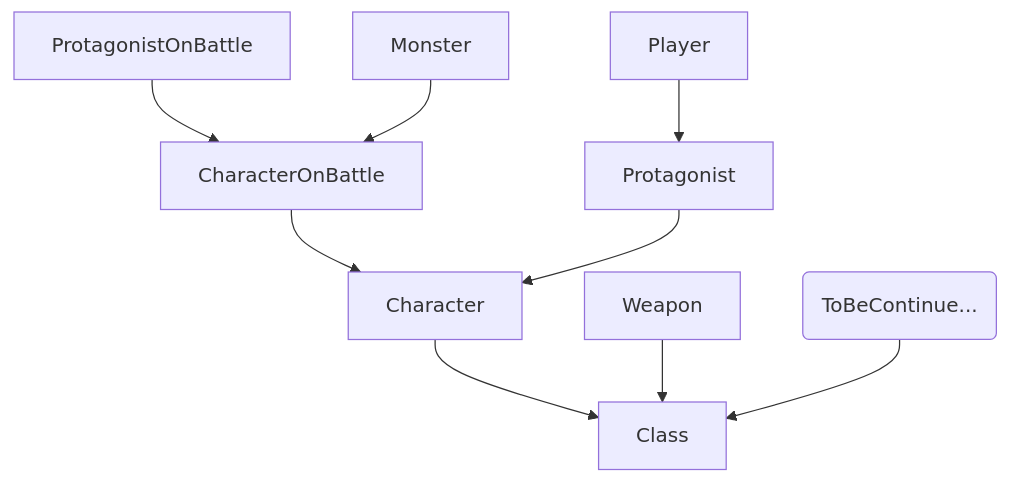
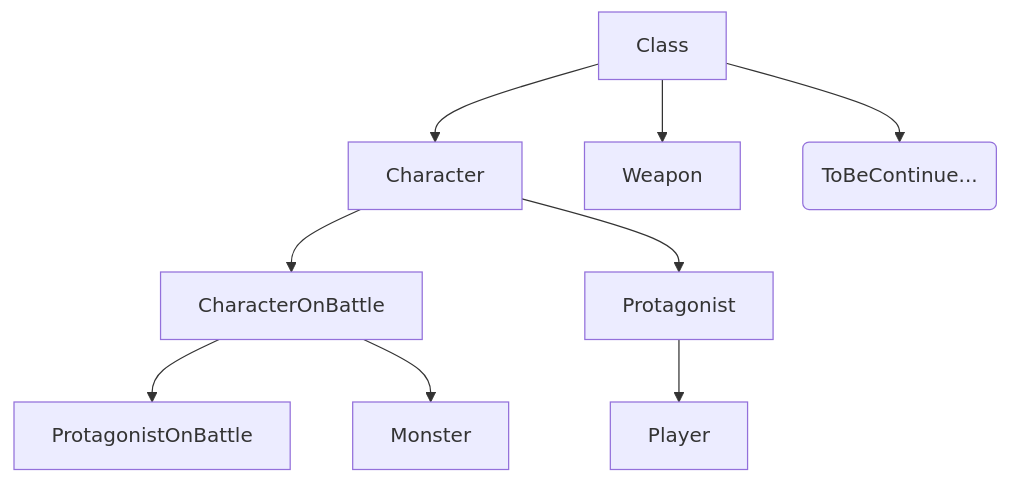
Before and after one commit to uchouT/xunhuan-doc: the diagram in docs/dev/class.md, drawn with Mermaid.

````diff
--- a/docs/dev/class.md
+++ b/docs/dev/class.md
@@ -5,13 +5,13 @@
 ```mermaid
 flowchart TD
   Class
-  Character --> Class
-  Weapon --> Class
-  OtherClass(ToBeContinue...) --> Class
-  CharacterOnBattle --> Character
-  ProtagonistOnBattle --> CharacterOnBattle
-  Monster --> CharacterOnBattle
-  Protagonist --> Character
-  Player --> Protagonist
+  Class --> Character
+  Class --> Weapon
+  Class --> OtherClass(ToBeContinue...)
+  Character --> CharacterOnBattle
+  CharacterOnBattle --> ProtagonistOnBattle
+  CharacterOnBattle --> Monster
+  Character --> Protagonist
+  Protagonist --> Player
   
 ```
````
